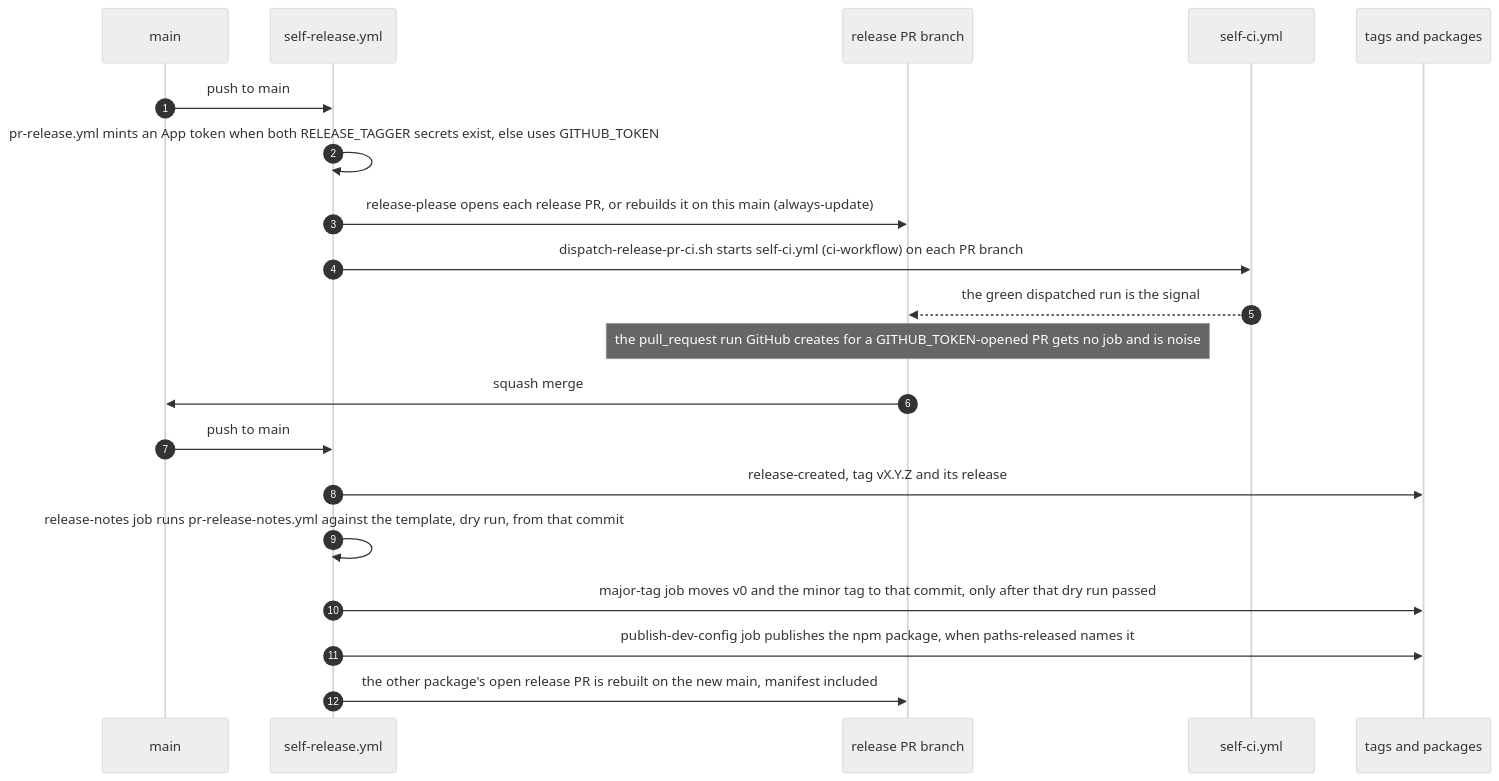
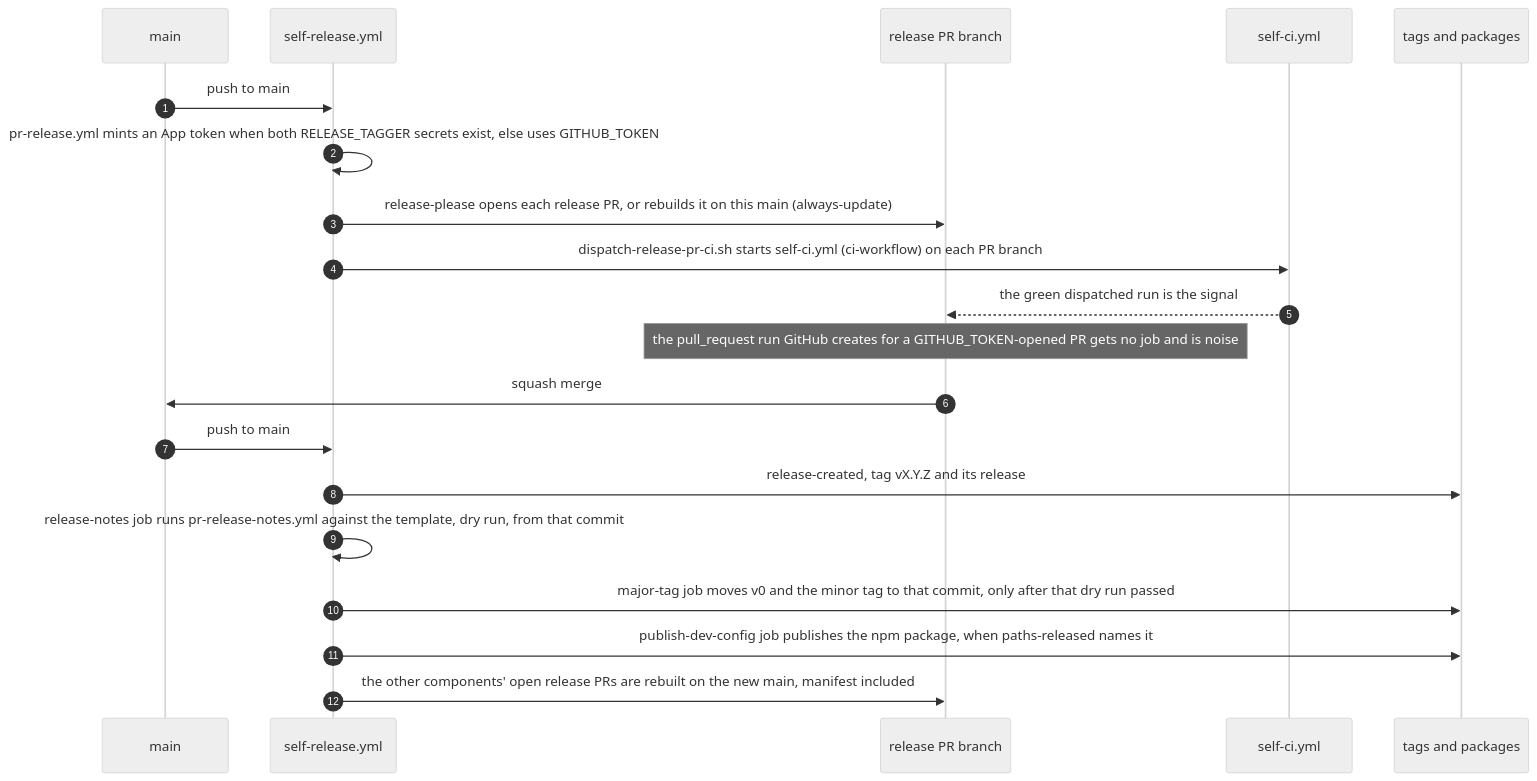
The diagram in AGENTS.md (blinkbitcoin/shared-workflows), drawn with Mermaid (neutral theme) before and after one commit. The commit also changed other lines of this file and 14 other files, not shown here.

````diff
--- a/AGENTS.md
+++ b/AGENTS.md
@@ -193,22 +196,22 @@
   ```mermaid
   sequenceDiagram
     autonumber
     participant main as main
     participant rel as self-release.yml
     participant pr as release PR branch
     participant ci as self-ci.yml
     participant tags as tags and packages
     main->>rel: push to main
     rel->>rel: pr-release.yml mints an App token when both RELEASE_TAGGER secrets exist, else uses GITHUB_TOKEN
     rel->>pr: release-please opens each release PR, or rebuilds it on this main (always-update)
     rel->>ci: dispatch-release-pr-ci.sh starts self-ci.yml (ci-workflow) on each PR branch
     ci-->>pr: the green dispatched run is the signal
     Note over pr: the pull_request run GitHub creates for a GITHUB_TOKEN-opened PR gets no job and is noise
     pr->>main: squash merge
     main->>rel: push to main
     rel->>tags: release-created, tag vX.Y.Z and its release
     rel->>rel: release-notes job runs pr-release-notes.yml against the template, dry run, from that commit
     rel->>tags: major-tag job moves v0 and the minor tag to that commit, only after that dry run passed
     rel->>tags: publish-dev-config job publishes the npm package, when paths-released names it
-    rel->>pr: the other package's open release PR is rebuilt on the new main, manifest included
+    rel->>pr: the other components' open release PRs are rebuilt on the new main, manifest included
   ```
````
